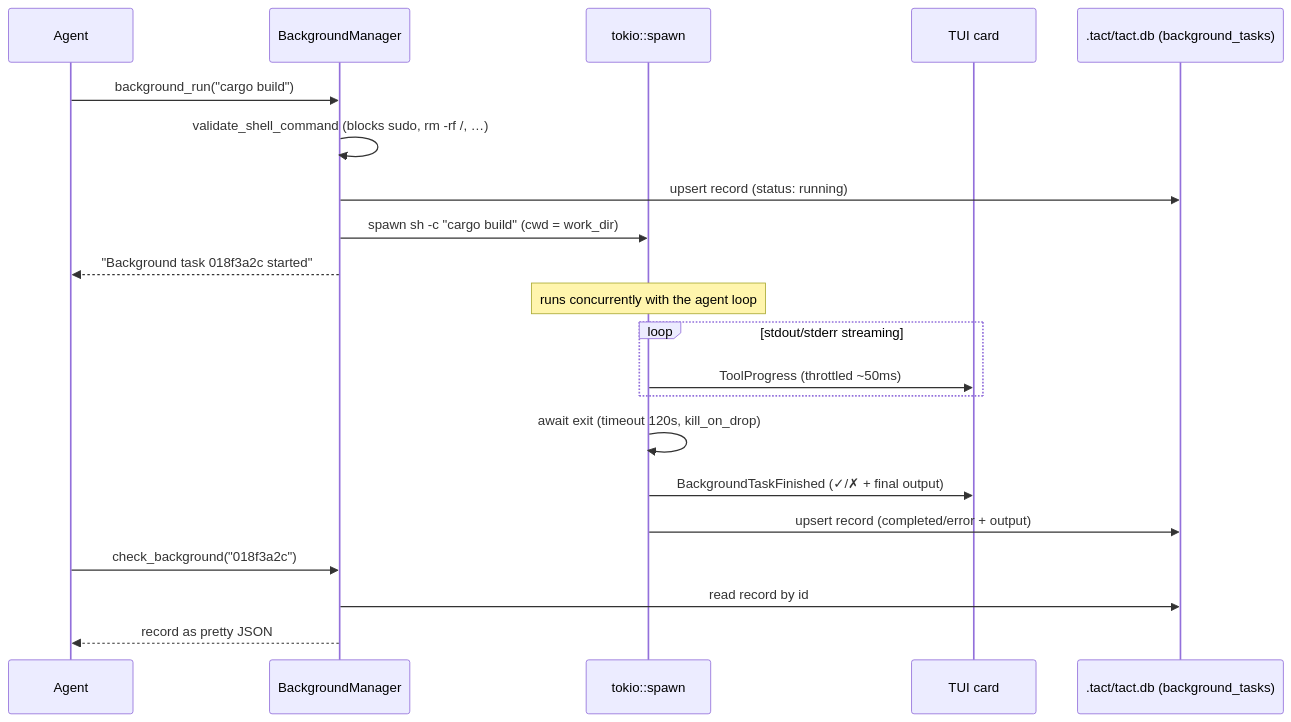
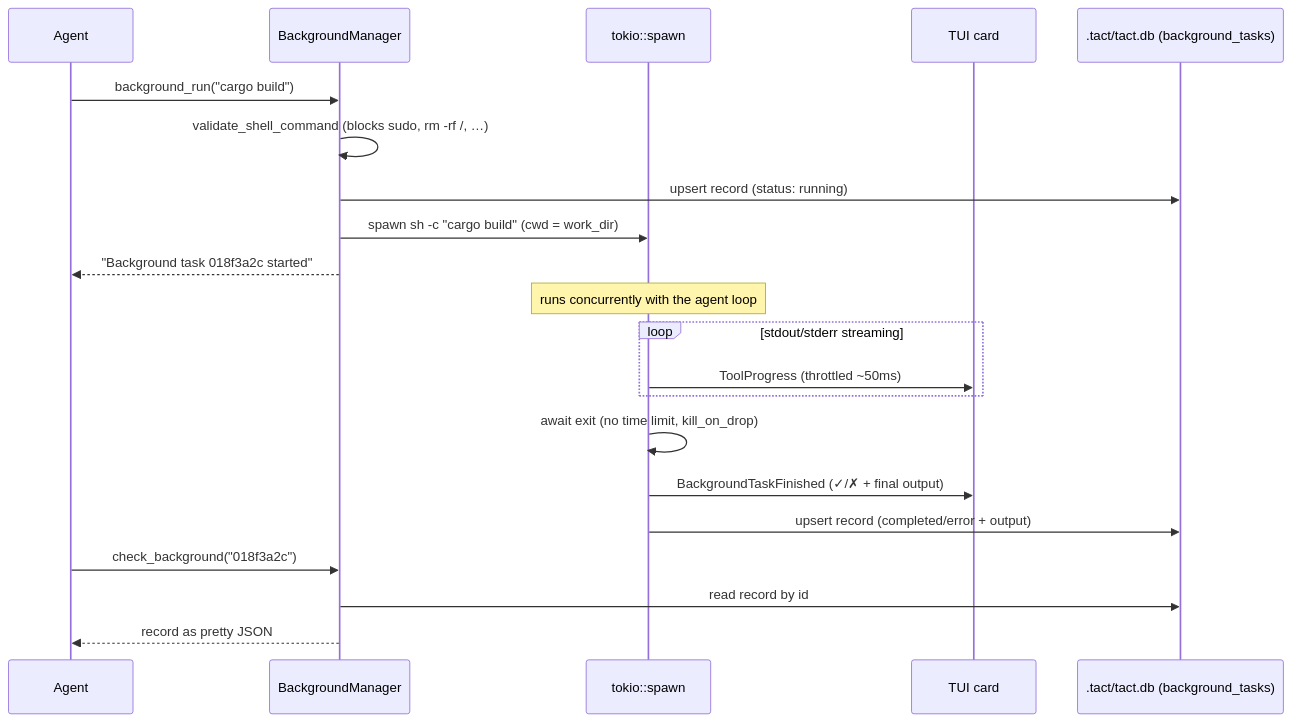
The diagram in book/13_chapter_background.md (rust-infra/tact), drawn with Mermaid before and after one commit. The commit also changed other lines of this file and 78 other files, not shown here.

````diff
--- a/book/13_chapter_background.md
+++ b/book/13_chapter_background.md
@@ -57,27 +64,27 @@
 ```mermaid
 sequenceDiagram
     participant Agent
     participant BM as BackgroundManager
     participant Task as tokio::spawn
     participant TUI as TUI card
     participant DB as .tact/tact.db (background_tasks)
 
     Agent->>BM: background_run("cargo build")
     BM->>BM: validate_shell_command (blocks sudo, rm -rf /, …)
     BM->>DB: upsert record (status: running)
     BM->>Task: spawn sh -c "cargo build" (cwd = work_dir)
     BM-->>Agent: "Background task 018f3a2c started"
 
     Note over Task: runs concurrently with the agent loop
 
     loop stdout/stderr streaming
         Task->>TUI: ToolProgress (throttled ~50ms)
     end
-    Task->>Task: await exit (timeout 120s, kill_on_drop)
+    Task->>Task: await exit (no time limit, kill_on_drop)
     Task->>TUI: BackgroundTaskFinished (✓/✗ + final output)
     Task->>DB: upsert record (completed/error + output)
 
     Agent->>BM: check_background("018f3a2c")
     BM->>DB: read record by id
     BM-->>Agent: record as pretty JSON
 ```
````
